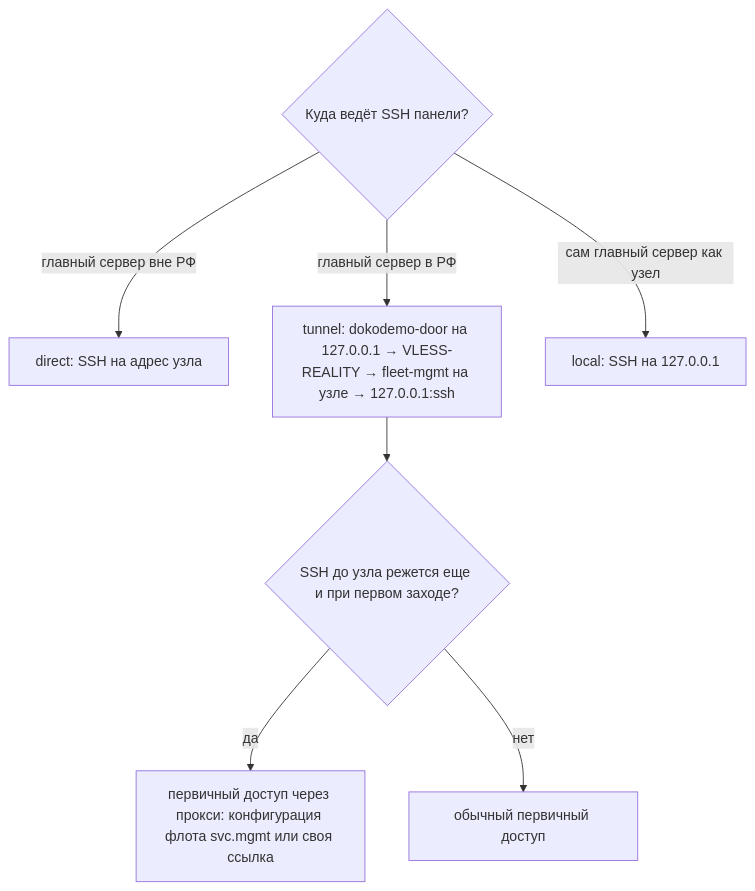
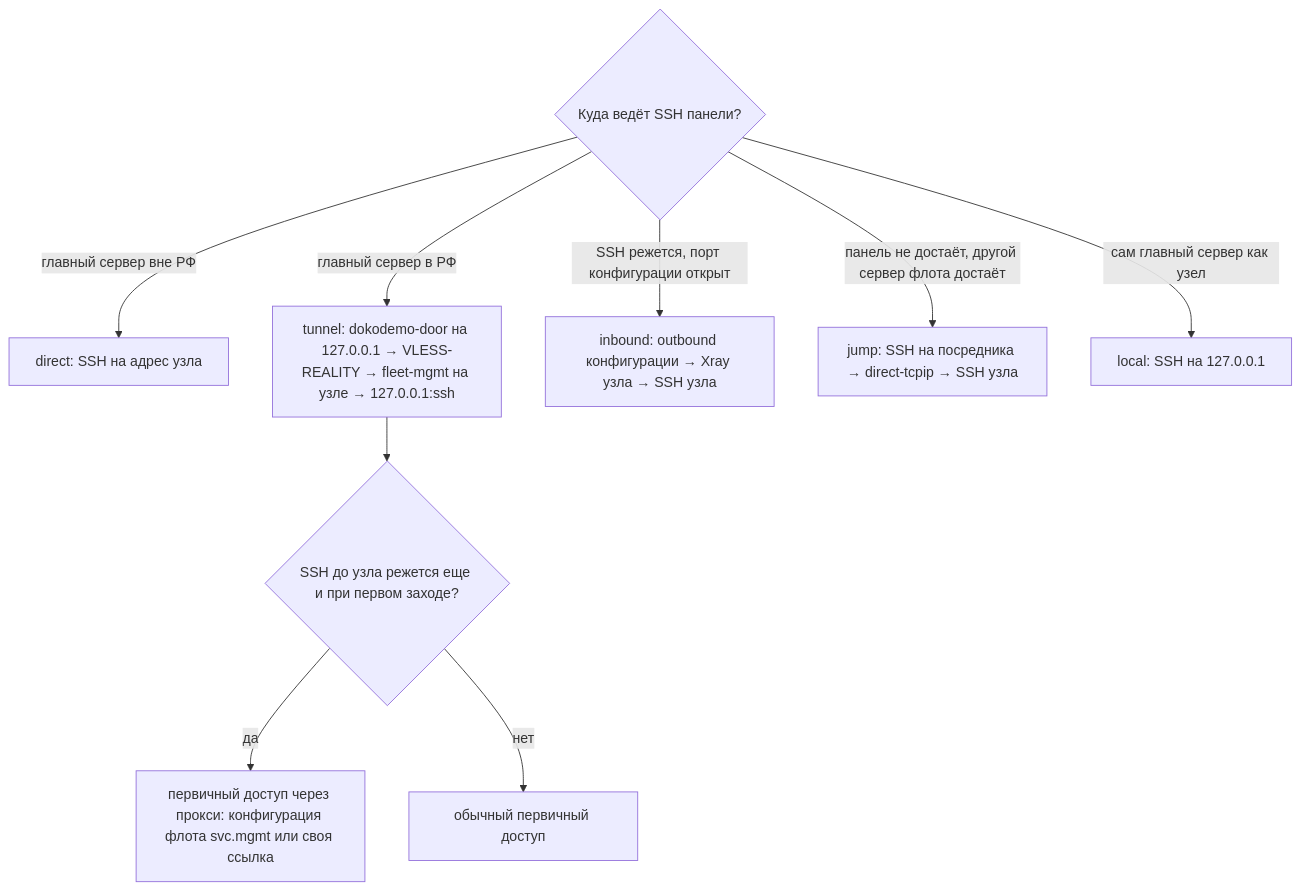
One commit to deluwr/eskadra changed the fourth of 9 diagrams in eskadra-architecture.md. Above: the diagram before and after it, drawn with Mermaid. The commit also changed other lines of this file and 2 other files, not shown here.

````diff
--- a/eskadra-architecture.md
+++ b/eskadra-architecture.md
@@ -173,10 +172,12 @@
 ```mermaid
 flowchart TD
   Q{Куда ведёт SSH панели?}
   Q -- "главный сервер вне РФ" --> D["direct: SSH на адрес узла"]
   Q -- "главный сервер в РФ" --> T["tunnel: dokodemo-door на 127.0.0.1 → VLESS-REALITY → fleet-mgmt на узле → 127.0.0.1:ssh"]
+  Q -- "SSH режется, порт конфигурации открыт" --> IB["inbound: outbound конфигурации → Xray узла → SSH узла"]
+  Q -- "панель не достаёт, другой сервер флота достаёт" --> J["jump: SSH на посредника → direct-tcpip → SSH узла"]
   Q -- "сам главный сервер как узел" --> L["local: SSH на 127.0.0.1"]
   T --> V{SSH до узла режется еще и при первом заходе?}
   V -- да --> Y["первичный доступ через прокси: конфигурация флота svc.mgmt или своя ссылка"]
   V -- нет --> N1[обычный первичный доступ]
 ```
````
